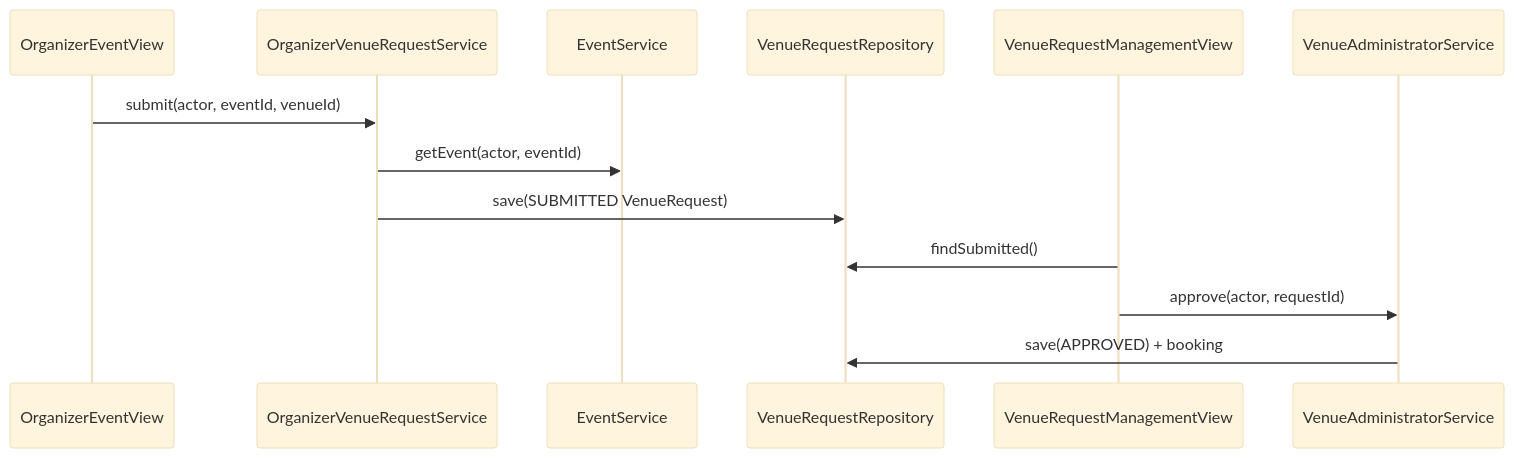
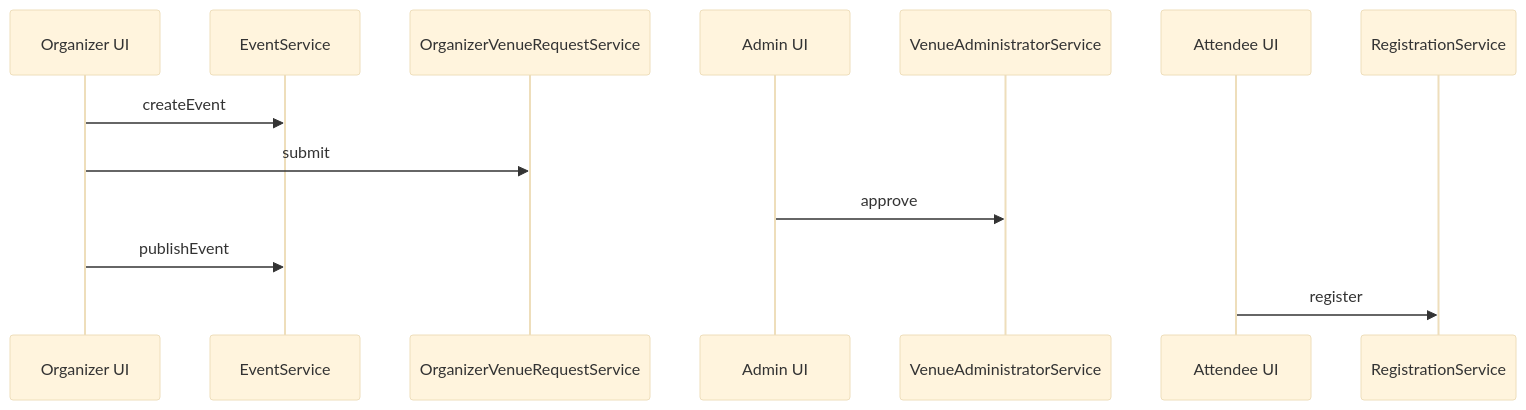
One commit to CS3227-2610-MP2-Orbit/CS3227-2610-MP2 changed the second of 2 diagrams in docs/DeveloperGuide.md. Above: the diagram before and after it, drawn with Mermaid (base theme). The commit also changed other lines of this file and 3 other files, not shown here.

````diff
--- a/docs/DeveloperGuide.md
+++ b/docs/DeveloperGuide.md
@@ -78,16 +77,16 @@
 ```mermaid
 sequenceDiagram
-  participant Org as OrganizerEventView
+  participant Org as Organizer UI
+  participant ES as EventService
   participant OVS as OrganizerVenueRequestService
-  participant ES as EventService
-  participant VR as VenueRequestRepository
-  participant Admin as VenueRequestManagementView
+  participant Admin as Admin UI
   participant VAS as VenueAdministratorService
+  participant Att as Attendee UI
+  participant RS as RegistrationService
 
-  Org->>OVS: submit(actor, eventId, venueId)
-  OVS->>ES: getEvent(actor, eventId)
-  OVS->>VR: save(SUBMITTED VenueRequest)
-  Admin->>VR: findSubmitted()
-  Admin->>VAS: approve(actor, requestId)
-  VAS->>VR: save(APPROVED) + booking
+  Org->>ES: createEvent
+  Org->>OVS: submit
+  Admin->>VAS: approve
+  Org->>ES: publishEvent
+  Att->>RS: register
 ```
````
